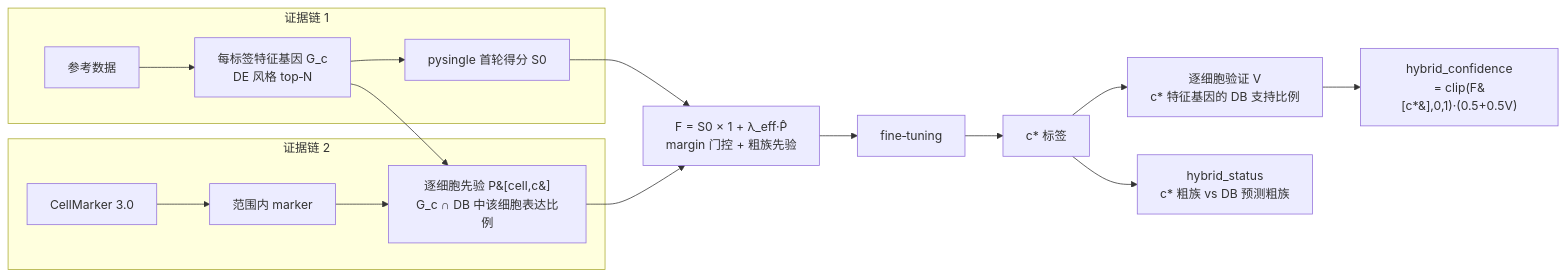
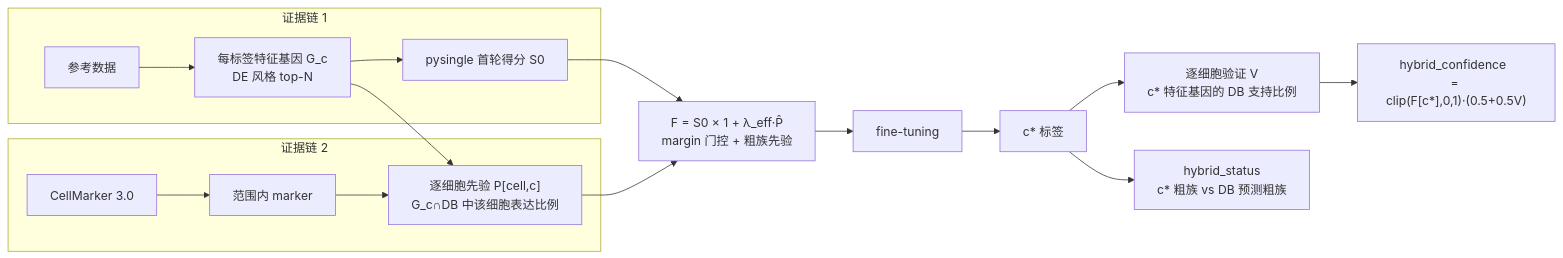
One commit to RyanYip-Kat/HybridscSingleMarker changed the second of 2 diagrams in Methods.md. Above: the diagram before and after it, drawn with Mermaid.

````diff
--- a/Methods.md
+++ b/Methods.md
@@ -87,19 +87,24 @@
 ```mermaid
 flowchart LR
     subgraph 证据链 1
-        R1[参考数据] --> FE[每标签特征基因 G_c<br/>DE 风格 top‑N]
+        R1[参考数据] --> FE[每标签特征基因 G_c  
+DE 风格 top-N]
         FE --> S0[pysingle 首轮得分 S0]
     end
     subgraph 证据链 2
         DB[CellMarker 3.0] --> SC[范围内 marker]
-        FE --> P1["逐细胞先验 P&#91;cell,c&#93;<br/>G_c ∩ DB 中该细胞表达比例"]
+        FE --> P1["逐细胞先验 P[cell,c]<br/>G_c∩DB 中该细胞表达比例"]
         SC --> P1
     end
     S0 --> FUS
-    P1 --> FUS["F = S0 × 1 + λ_eff·P̂<br/>margin 门控 + 粗族先验"]
-    FUS --> FT[fine‑tuning]
-    FT --> CSTAR["c* 标签"]
-    CSTAR --> V["逐细胞验证 V<br/>c* 特征基因的 DB 支持比例"]
-    V --> CONF["hybrid_confidence<br/>= clip(F&#91;c*&#93;,0,1)·(0.5+0.5V)"]
-    CSTAR --> STATUS["hybrid_status<br/>c* 粗族 vs DB 预测粗族"]
+    P1 --> FUS["F = S0 × 1 + λ_eff·P̂  
+margin 门控 + 粗族先验"]
+    FUS --> FT[fine-tuning]
+    FT --> CSTAR[c* 标签]
+    CSTAR --> V[逐细胞验证 V  
+c* 特征基因的 DB 支持比例]
+    V --> CONF["hybrid_confidence  
+= clip(F[c*],0,1)·(0.5+0.5V)"]
+    CSTAR --> STATUS[hybrid_status  
+c* 粗族 vs DB 预测粗族]
 ```
````
